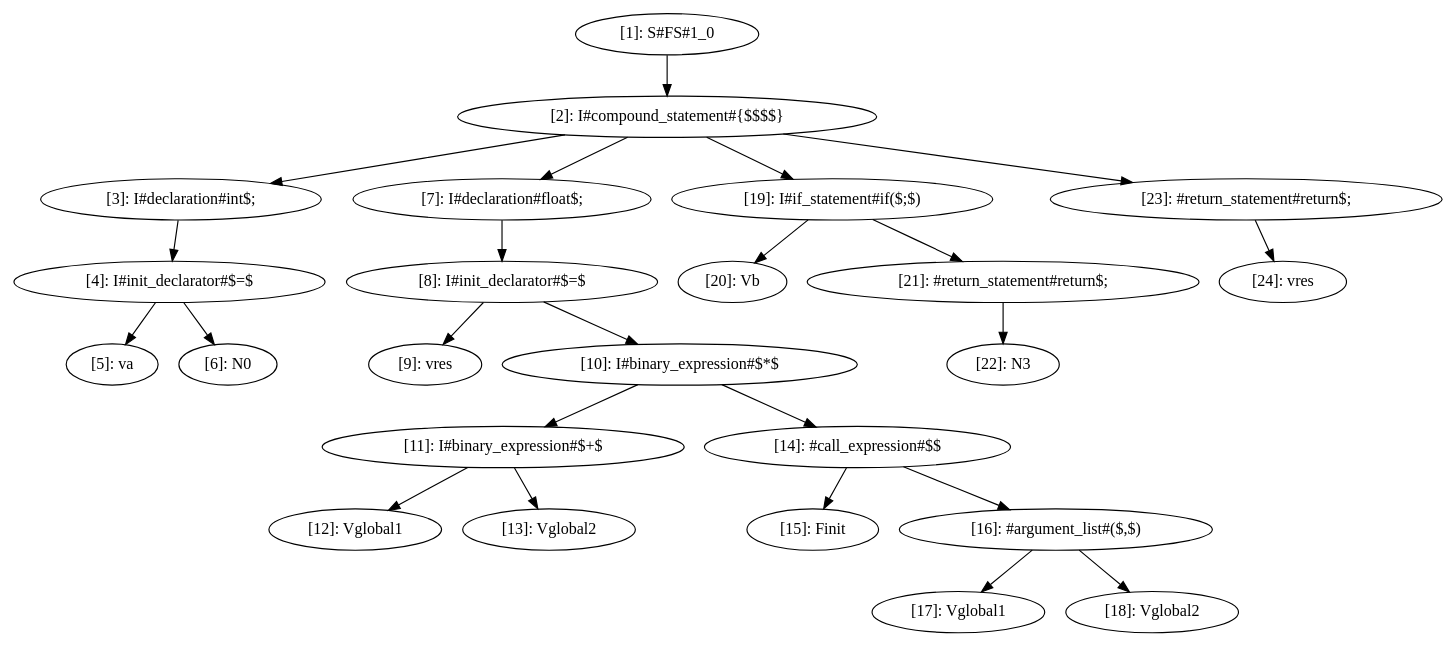
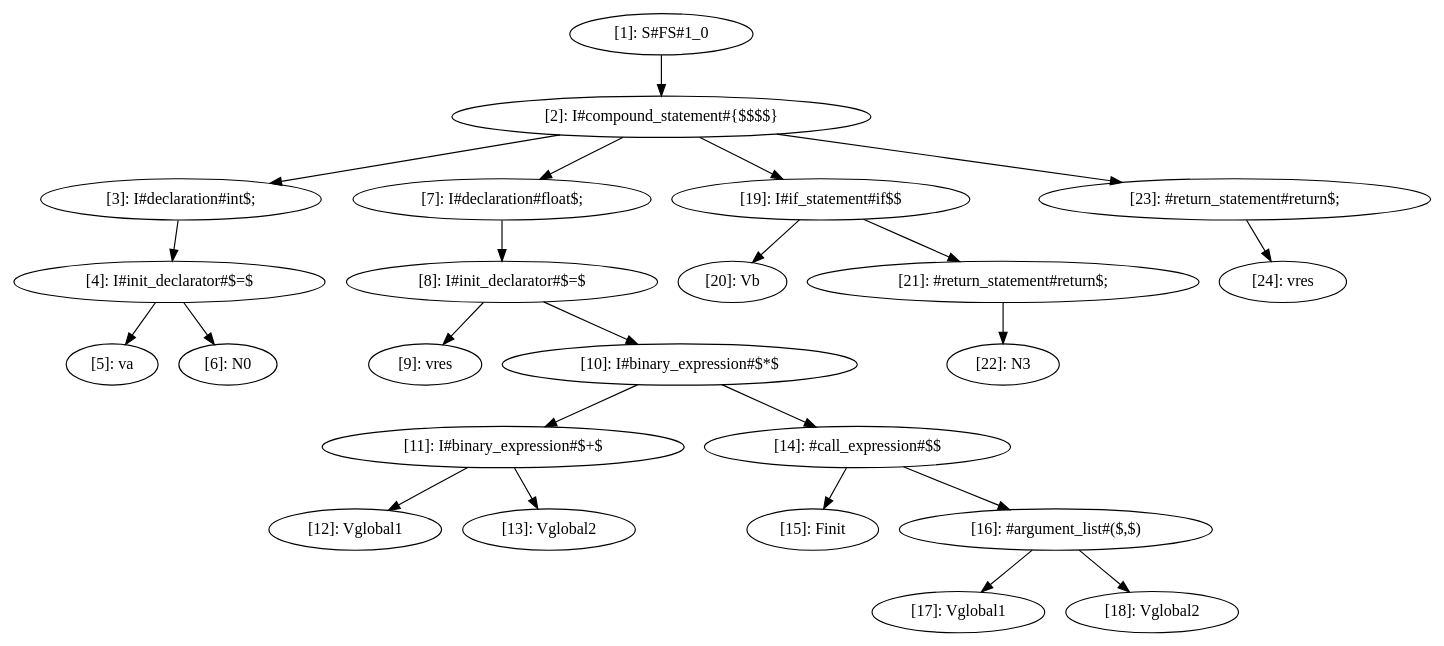
The diagram in cass.dot (deryaerman/DIA-System-DS-Plagiarism-Checker-GIT), drawn with Graphviz before and after one commit. The commit also changed 16 other files, not shown here.

```diff
--- a/cass.dot
+++ b/cass.dot
@@ -1,50 +1,50 @@
 digraph CASS {
   node [shape=ellipse];
   n1 [label="[1]: S#FS#1_0"];
   n2 [label="[2]: I#compound_statement#{$$$$}"];
   n3 [label="[3]: I#declaration#int$;"];
   n4 [label="[4]: I#init_declarator#$=$"];
   n5 [label="[5]: va"];
   n6 [label="[6]: N0"];
   n7 [label="[7]: I#declaration#float$;"];
   n8 [label="[8]: I#init_declarator#$=$"];
   n9 [label="[9]: vres"];
   n10 [label="[10]: I#binary_expression#$*$"];
   n11 [label="[11]: I#binary_expression#$+$"];
   n12 [label="[12]: Vglobal1"];
   n13 [label="[13]: Vglobal2"];
   n14 [label="[14]: #call_expression#$$"];
   n15 [label="[15]: Finit"];
   n16 [label="[16]: #argument_list#($,$)"];
   n17 [label="[17]: Vglobal1"];
   n18 [label="[18]: Vglobal2"];
-  n19 [label="[19]: I#if_statement#if($;$)"];
+  n19 [label="[19]: I#if_statement#if$$"];
   n20 [label="[20]: Vb"];
   n21 [label="[21]: #return_statement#return$;"];
   n22 [label="[22]: N3"];
   n23 [label="[23]: #return_statement#return$;"];
   n24 [label="[24]: vres"];
   n1 -> n2;
   n2 -> n3;
   n3 -> n4;
   n4 -> n5;
   n4 -> n6;
   n2 -> n7;
   n7 -> n8;
   n8 -> n9;
   n8 -> n10;
   n10 -> n11;
   n11 -> n12;
   n11 -> n13;
   n10 -> n14;
   n14 -> n15;
   n14 -> n16;
   n16 -> n17;
   n16 -> n18;
   n2 -> n19;
   n19 -> n20;
   n19 -> n21;
   n21 -> n22;
   n2 -> n23;
   n23 -> n24;
 }
```
